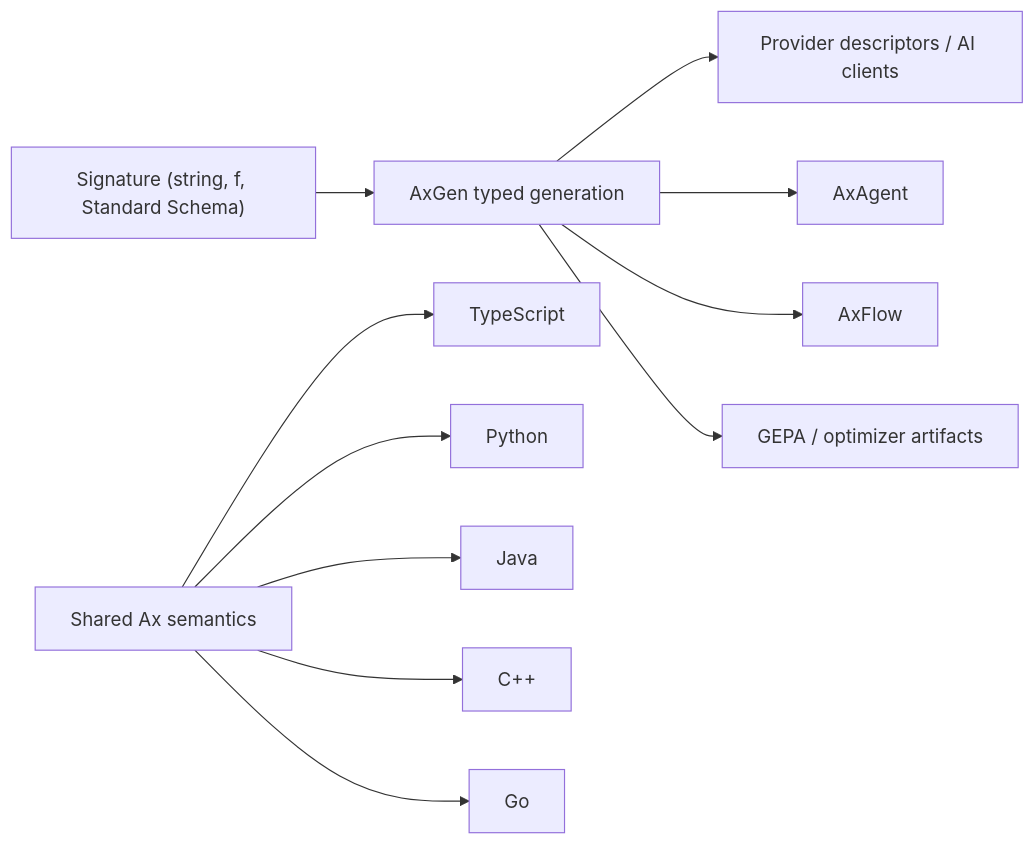
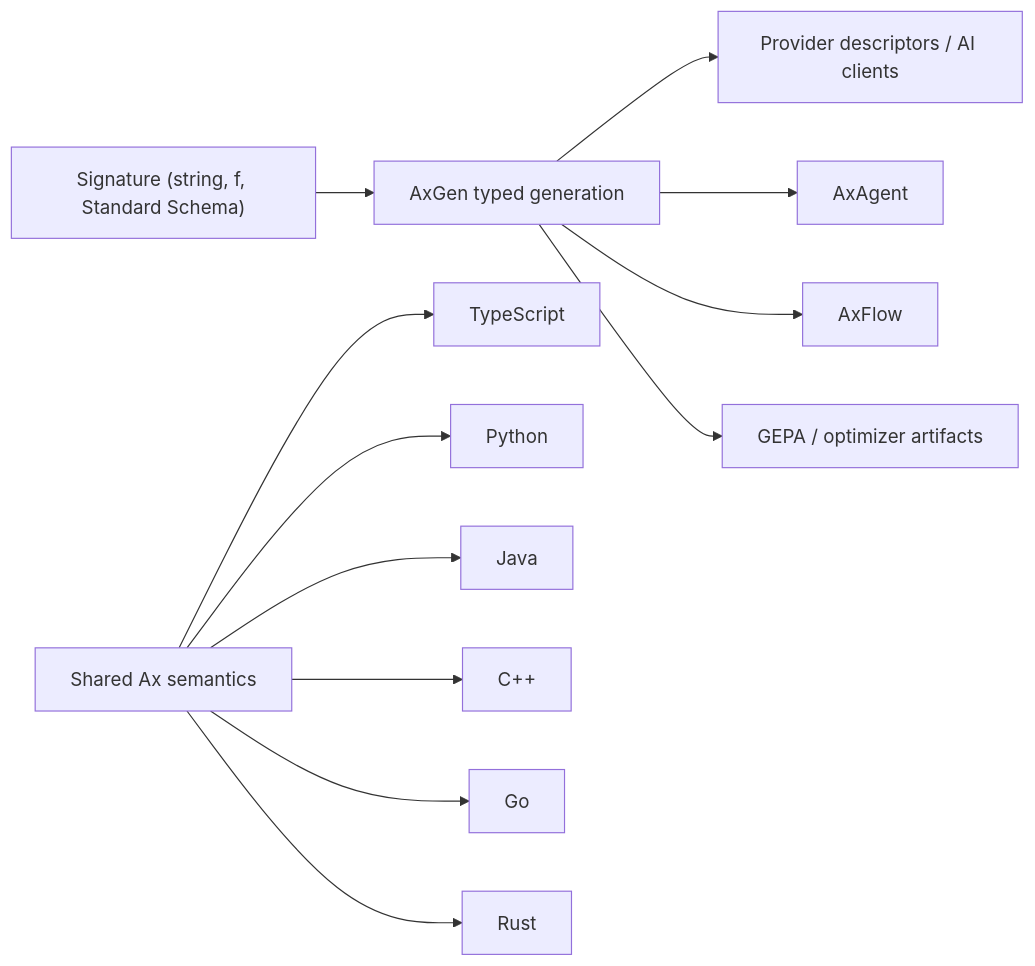
The first of 2 diagrams in README.md (ax-llm/ax), drawn with Mermaid before and after one commit. The commit also changed other lines of this file and 104 other files, not shown here.

````diff
--- a/README.md
+++ b/README.md
@@ -42,13 +42,14 @@
 ```mermaid
 flowchart LR
   S["Signature (string, f, Standard Schema)"] --> G["AxGen typed generation"]
   G --> P["Provider descriptors / AI clients"]
   G --> A["AxAgent"]
   G --> F["AxFlow"]
   G --> O["GEPA / optimizer artifacts"]
   C["Shared Ax semantics"] --> TS["TypeScript"]
   C --> PY["Python"]
   C --> JV["Java"]
   C --> CP["C++"]
   C --> GO["Go"]
+  C --> RS["Rust"]
 ```
````
